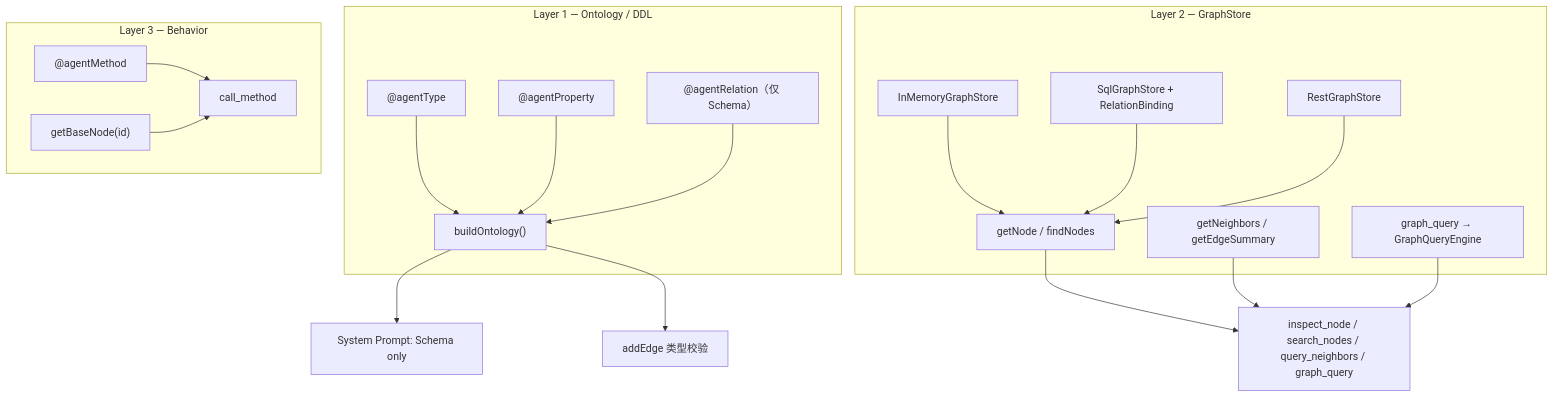
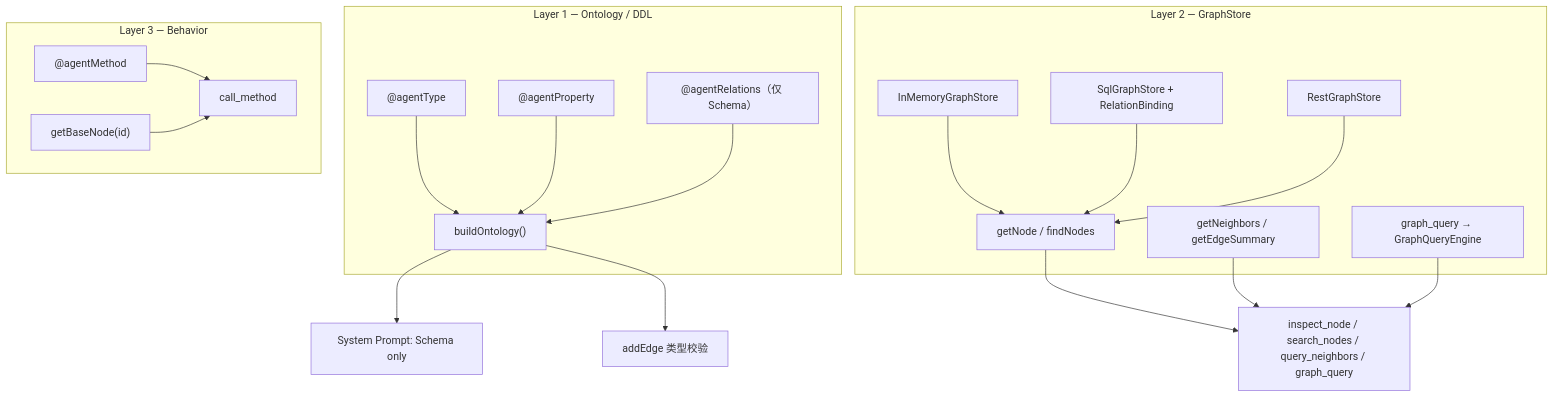
The diagram in ts/agent/docs/design/1-graph-layers.md (cometwk/adk-demo), drawn with Mermaid before and after one commit. The commit also changed other lines of this file and 22 other files, not shown here.

````diff
--- a/ts/agent/docs/design/1-graph-layers.md
+++ b/ts/agent/docs/design/1-graph-layers.md
@@ -58,40 +58,40 @@
 ```mermaid
 flowchart TB
   subgraph L1["Layer 1 — Ontology / DDL"]
     AT["@agentType"]
     AP["@agentProperty"]
-    AR["@agentRelation（仅 Schema）"]
+    AR["@agentRelations（仅 Schema）"]
     BO["buildOntology()"]
   end
 
   subgraph L2["Layer 2 — GraphStore"]
     GN["getNode / findNodes"]
     GB["getNeighbors / getEdgeSummary"]
     GQ["graph_query → GraphQueryEngine"]
     IM["InMemoryGraphStore"]
     SQL["SqlGraphStore + RelationBinding"]
     REST["RestGraphStore"]
   end
 
   subgraph L3["Layer 3 — Behavior"]
     AM["@agentMethod"]
     CM["call_method"]
     BN["getBaseNode(id)"]
   end
 
   AT --> BO
   AP --> BO
   AR --> BO
   BO --> Prompt["System Prompt: Schema only"]
   BO --> Validate["addEdge 类型校验"]
 
   IM --> GN
   SQL --> GN
   REST --> GN
   GN --> Tools["inspect_node / search_nodes / query_neighbors / graph_query"]
   GB --> Tools
   GQ --> Tools
 
   AM --> CM
   BN --> CM
 ```
````
